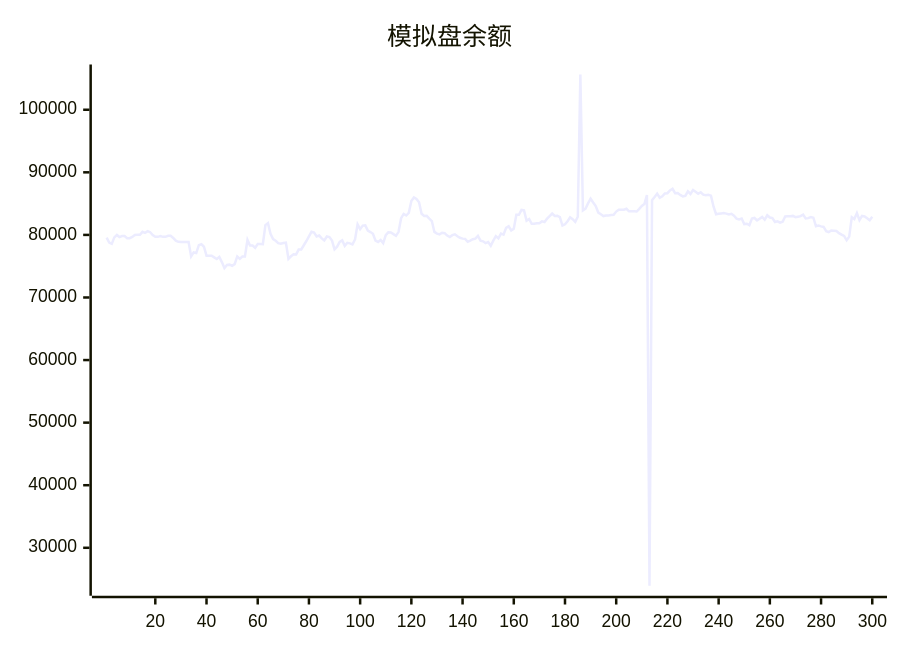
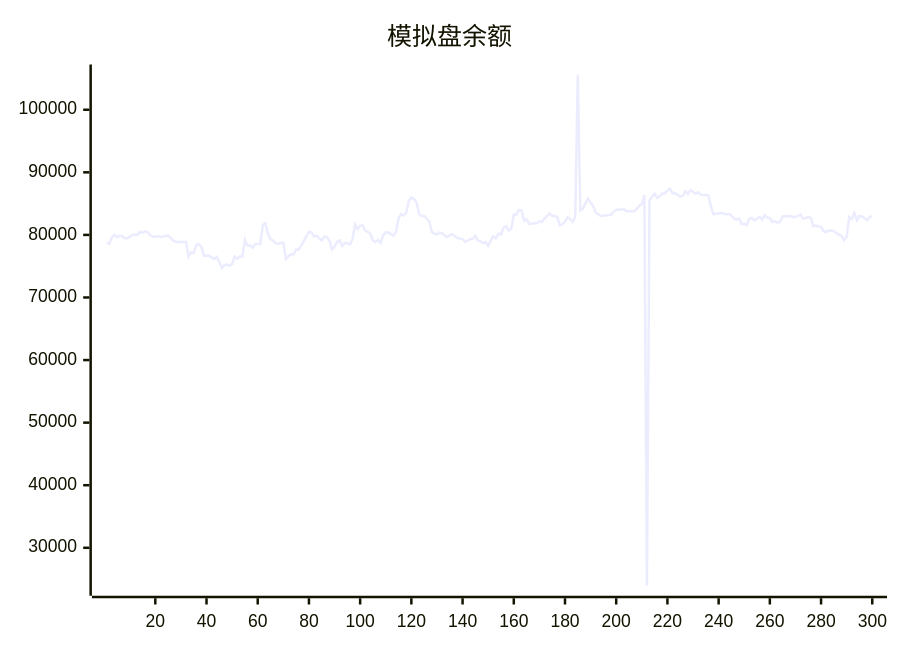
Before and after one commit to aahl/ai-trading: the diagram in README.md, drawn with Mermaid. The commit also changed other lines of this file and 1 other file, not shown here.

````diff
--- a/README.md
+++ b/README.md
@@ -5,5 +5,5 @@
 ```mermaid
 xychart
     title "模拟盘余额"
-    line [79567,78763,78563,79603,79988,79652,79813,79813,79476,79469,79673,79995,80015,80015,80486,80314,80600,80436,79966,79689,79689,79819,79692,79692,79850,79850,79518,79071,78889,78850,78850,78878,78878,76554,77202,77103,78357,78510,78106,76678,76677,76672,76411,76159,76485,75656,74695,75197,75246,75052,75334,76564,76179,76553,76551,79196,78300,78300,77944,78531,78531,78521,81564,81884,80160,79335,79055,78675,78580,78708,78764,76179,76586,76902,76876,77658,77669,78346,79023,79769,80497,80366,79761,79896,79448,79126,79749,79658,79097,77695,78114,78888,79126,78249,78738,78653,78478,79271,81680,80923,81488,81527,80681,80455,80190,79084,78879,79193,78686,79954,80403,80374,80118,79848,80491,82665,83351,83098,83525,85430,85983,85737,85221,83378,83014,83043,82613,82216,80477,80208,80081,80348,80277,79894,79670,79965,80093,79786,79542,79406,79371,78893,79087,79304,79406,79841,79072,78978,78696,78846,78272,79085,79787,79442,80198,80031,81120,81379,80718,80985,83214,83212,83993,83921,82270,82547,81776,81776,81866,81866,82158,82061,82596,83000,83408,83041,83050,82858,81503,81691,82188,82812,82517,82092,82901,105633,83898,84180,85030,85781,85178,84604,83569,83298,83008,83093,83107,83175,83228,83729,84025,84017,84019,84177,83775,83762,83785,83738,84160,84639,84939,86370,23934,85548,86046,86599,85942,86161,86622,86664,87115,87369,86666,86685,86384,86152,86243,86969,86548,87164,86885,86566,86809,86427,86348,86417,86273,84538,83299,83369,83430,83490,83404,83270,83362,83056,82605,82459,82614,81734,81788,81551,82598,82702,82320,82580,82878,82426,83139,82778,82686,82056,82166,81963,82110,82951,82983,82984,83038,82838,82915,82998,83235,82642,82682,82858,82746,81396,81512,81362,81277,80600,80461,80699,80673,80616,80288,80038,79836,79142,79722,82837,82533,83480,82366,83032,82960,82654,82330,82883]
+    line [78763,78563,79603,79988,79652,79813,79813,79476,79469,79673,79995,80015,80015,80486,80314,80600,80436,79966,79689,79689,79819,79692,79692,79850,79850,79518,79071,78889,78850,78850,78878,78878,76554,77202,77103,78357,78510,78106,76678,76677,76672,76411,76159,76485,75656,74695,75197,75246,75052,75334,76564,76179,76553,76551,79196,78300,78300,77944,78531,78531,78521,81564,81884,80160,79335,79055,78675,78580,78708,78764,76179,76586,76902,76876,77658,77669,78346,79023,79769,80497,80366,79761,79896,79448,79126,79749,79658,79097,77695,78114,78888,79126,78249,78738,78653,78478,79271,81680,80923,81488,81527,80681,80455,80190,79084,78879,79193,78686,79954,80403,80374,80118,79848,80491,82665,83351,83098,83525,85430,85983,85737,85221,83378,83014,83043,82613,82216,80477,80208,80081,80348,80277,79894,79670,79965,80093,79786,79542,79406,79371,78893,79087,79304,79406,79841,79072,78978,78696,78846,78272,79085,79787,79442,80198,80031,81120,81379,80718,80985,83214,83212,83993,83921,82270,82547,81776,81776,81866,81866,82158,82061,82596,83000,83408,83041,83050,82858,81503,81691,82188,82812,82517,82092,82901,105633,83898,84180,85030,85781,85178,84604,83569,83298,83008,83093,83107,83175,83228,83729,84025,84017,84019,84177,83775,83762,83785,83738,84160,84639,84939,86370,23934,85548,86046,86599,85942,86161,86622,86664,87115,87369,86666,86685,86384,86152,86243,86969,86548,87164,86885,86566,86809,86427,86348,86417,86273,84538,83299,83369,83430,83490,83404,83270,83362,83056,82605,82459,82614,81734,81788,81551,82598,82702,82320,82580,82878,82426,83139,82778,82686,82056,82166,81963,82110,82951,82983,82984,83038,82838,82915,82998,83235,82642,82682,82858,82746,81396,81512,81362,81277,80600,80461,80699,80673,80616,80288,80038,79836,79142,79722,82837,82533,83480,82366,83032,82960,82654,82330,82883,82934]
 ```
````
